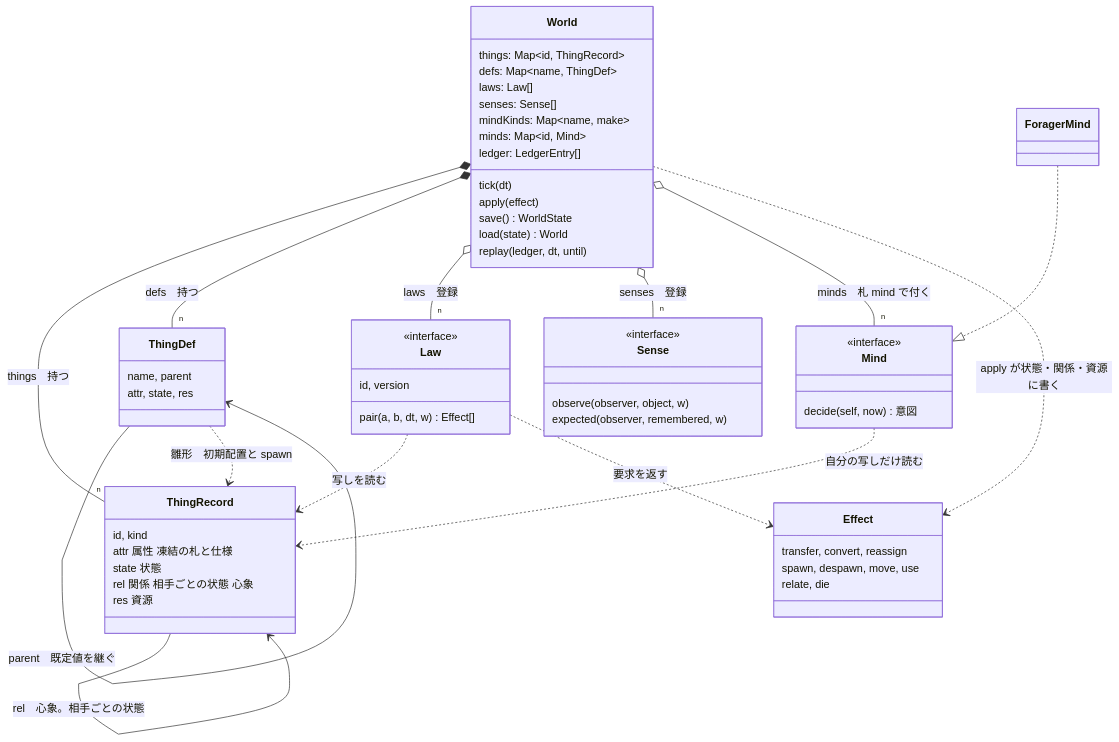
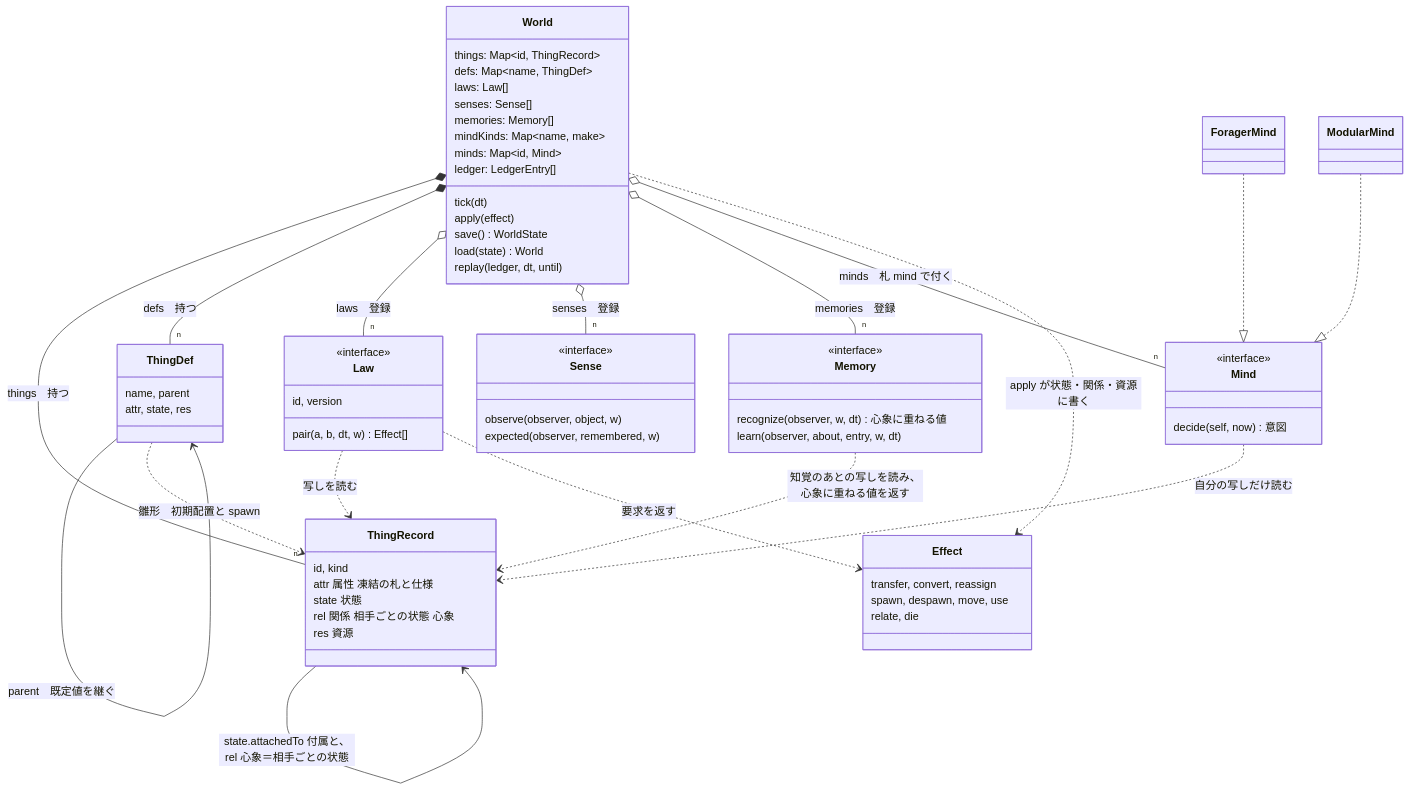
Before and after one commit to demerzel09/Medieval-Simulator: the diagram in docs/figures/src/design-fig5-class.mmd, drawn with Mermaid. The commit also changed 10 other files, not shown here.

```diff
--- a/docs/figures/src/design-fig5-class.mmd
+++ b/docs/figures/src/design-fig5-class.mmd
@@ -1,61 +1,70 @@
 classDiagram
   direction TB
   class World {
     things: Map~id, ThingRecord~
     defs: Map~name, ThingDef~
     laws: Law[]
     senses: Sense[]
+    memories: Memory[]
     mindKinds: Map~name, make~
     minds: Map~id, Mind~
     ledger: LedgerEntry[]
     tick(dt)
     apply(effect)
     save() WorldState
     load(state) World
     replay(ledger, dt, until)
   }
   class ThingRecord {
     id, kind
     attr 属性 凍結の札と仕様
     state 状態
     rel 関係 相手ごとの状態 心象
     res 資源
   }
   class ThingDef {
     name, parent
     attr, state, res
   }
   class Law {
     <<interface>>
     id, version
     pair(a, b, dt, w) Effect[]
   }
   class Sense {
     <<interface>>
     observe(observer, object, w)
     expected(observer, remembered, w)
   }
+  class Memory {
+    <<interface>>
+    recognize(observer, w, dt) 心象に重ねる値
+    learn(observer, about, entry, w, dt)
+  }
   class Mind {
     <<interface>>
     decide(self, now) 意図
   }
   class ForagerMind
+  class ModularMind
   class Effect {
     transfer, convert, reassign
     spawn, despawn, move, use
     relate, die
   }
   World *-- "n" ThingRecord : things　持つ
   World *-- "n" ThingDef : defs　持つ
   World o-- "n" Law : laws　登録
   World o-- "n" Sense : senses　登録
+  World o-- "n" Memory : memories　登録
   World o-- "n" Mind : minds　札 mind で付く
-  ThingRecord --> ThingRecord : state.attachedTo　付属。実→木、実→人
-  ThingRecord --> ThingRecord : rel　心象。相手ごとの状態
+  ThingRecord --> ThingRecord : state.attachedTo 付属と、rel 心象＝相手ごとの状態
   ThingDef --> ThingDef : parent　既定値を継ぐ
   ThingDef ..> ThingRecord : 雛形　初期配置と spawn
   Law ..> ThingRecord : 写しを読む
   Law ..> Effect : 要求を返す
   World ..> Effect : apply が状態・関係・資源に書く
   Mind ..> ThingRecord : 自分の写しだけ読む
+  Memory ..> ThingRecord : 知覚のあとの写しを読み、心象に重ねる値を返す
   ForagerMind ..|> Mind
+  ModularMind ..|> Mind
```
